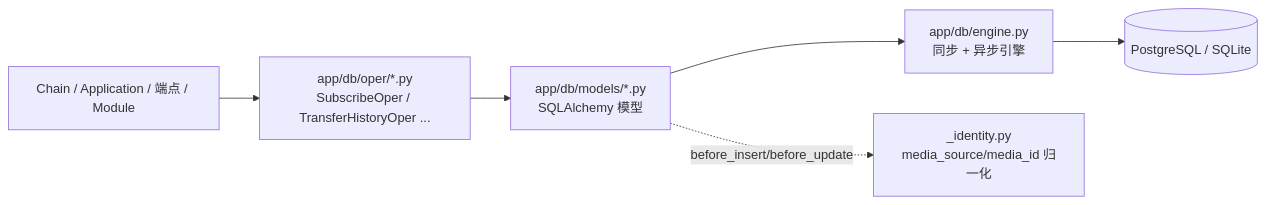
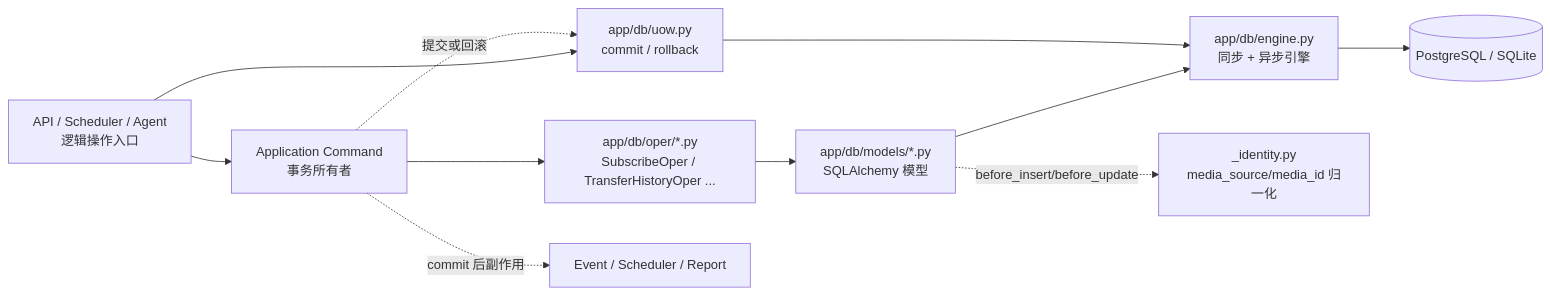
Before and after one commit to jxxghp/MoviePilot: the seventh of 14 diagrams in docs/architecture-overview.md, drawn with Mermaid. The commit also changed other lines of this file and 7 other files, not shown here.

````diff
--- a/docs/architecture-overview.md
+++ b/docs/architecture-overview.md
@@ -343,11 +343,16 @@
 ```mermaid
 flowchart LR
-    Caller["Chain / Application / 端点 / Module"]
+    Entry["API / Scheduler / Agent<br/>逻辑操作入口"]
+    Command["Application Command<br/>事务所有者"]
+    UoW["app/db/uow.py<br/>commit / rollback"]
     Oper["app/db/oper/*.py<br/>SubscribeOper / TransferHistoryOper ..."]
     Models["app/db/models/*.py<br/>SQLAlchemy 模型"]
     Engine["app/db/engine.py<br/>同步 + 异步引擎"]
     DB[("PostgreSQL / SQLite")]
 
-    Caller --> Oper --> Models --> Engine --> DB
+    Entry --> Command --> Oper --> Models --> Engine --> DB
+    Entry --> UoW --> Engine
+    Command -.提交或回滚.-> UoW
+    Command -.commit 后副作用.-> Effects["Event / Scheduler / Report"]
     Models -.before_insert/before_update.-> Norm["_identity.py<br/>media_source/media_id 归一化"]
 ```
````
